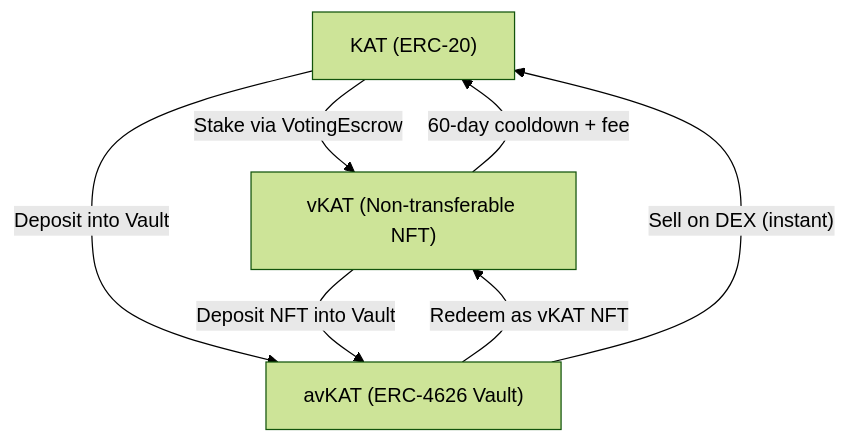
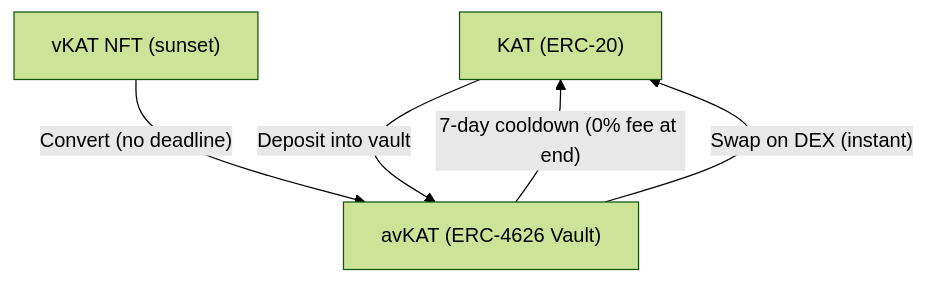
The diagram in docs/katana/how-to/kat-token-overview.md (katana-network/katana-docs), drawn with Mermaid (forest theme) before and after one commit. The commit also changed other lines of this file and 24 other files, not shown here.

````diff
--- a/docs/katana/how-to/kat-token-overview.md
+++ b/docs/katana/how-to/kat-token-overview.md
@@ -98,15 +54,11 @@
 ```mermaid
 graph TD
     KAT["KAT (ERC-20)"]
-    vKAT["vKAT (Non-transferable NFT)"]
     avKAT["avKAT (ERC-4626 Vault)"]
+    vKAT["vKAT NFT (sunset)"]
 
-    KAT -->|"Stake via VotingEscrow"| vKAT
-    KAT -->|"Deposit into Vault"| avKAT
-    vKAT -->|"Deposit NFT into Vault"| avKAT
-    vKAT -->|"60-day cooldown + fee"| KAT
-    %% TODO: switch back when cooldown becomes 45 days:
-    %% vKAT -->|"45-day cooldown + fee"| KAT
-    avKAT -->|"Redeem as vKAT NFT"| vKAT
-    avKAT -->|"Sell on DEX (instant)"| KAT
+    KAT -->|"Deposit into vault"| avKAT
+    avKAT -->|"7-day cooldown (0% fee at end)"| KAT
+    avKAT -->|"Swap on DEX (instant)"| KAT
+    vKAT -->|"Convert (no deadline)"| avKAT
 ```
````
